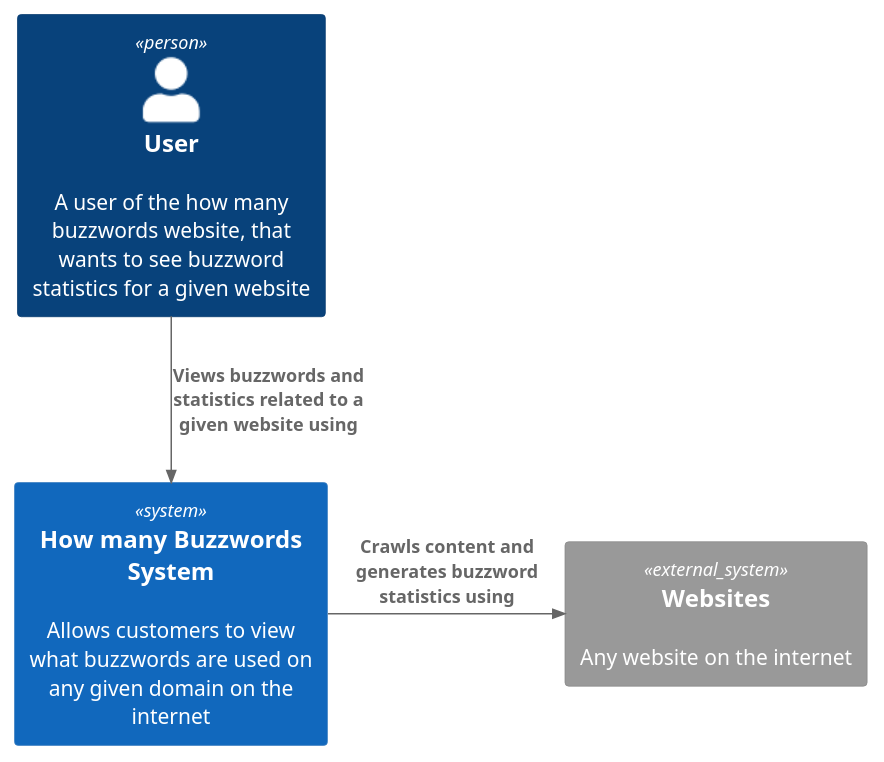
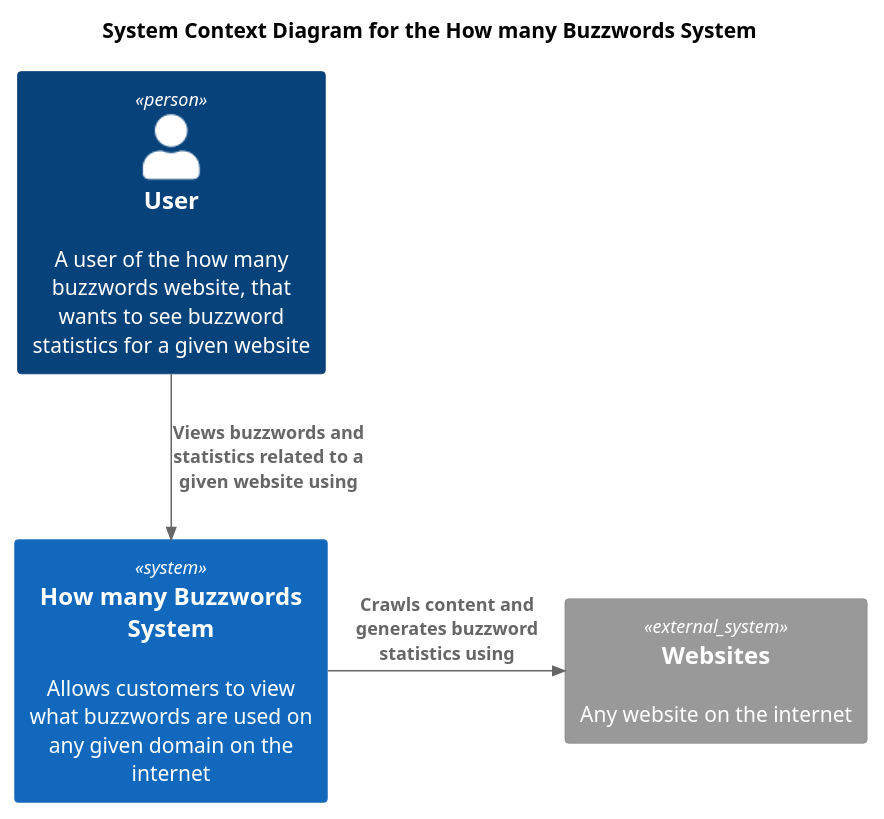
The diagram in docs/c4-diagrams/buzzword-c4-context.puml (ashley-evans/how-many-buzzwords), drawn with PlantUML before and after one commit.

Commit message:
Update buzzword-c4-context.puml to include diagram title

```diff
--- a/docs/c4-diagrams/buzzword-c4-context.puml
+++ b/docs/c4-diagrams/buzzword-c4-context.puml
@@ -1,12 +1,14 @@
 @startuml Buzzword C4 Context Diagram
 
 !include https://raw.githubusercontent.com/plantuml-stdlib/C4-PlantUML/master/C4_Context.puml
+
+title System Context Diagram for the How many Buzzwords System
 
 Person(user, "User", "A user of the how many buzzwords website, that wants to see buzzword statistics for a given website")
 System(buzzword, "How many Buzzwords System", "Allows customers to view what buzzwords are used on any given domain on the internet")
 System_Ext(websites, "Websites", "Any website on the internet")
 
 Rel(user, buzzword, "Views buzzwords and statistics related to a given website using")
 Rel_R(buzzword, websites, "Crawls content and generates buzzword statistics using")
 
 @enduml
```
